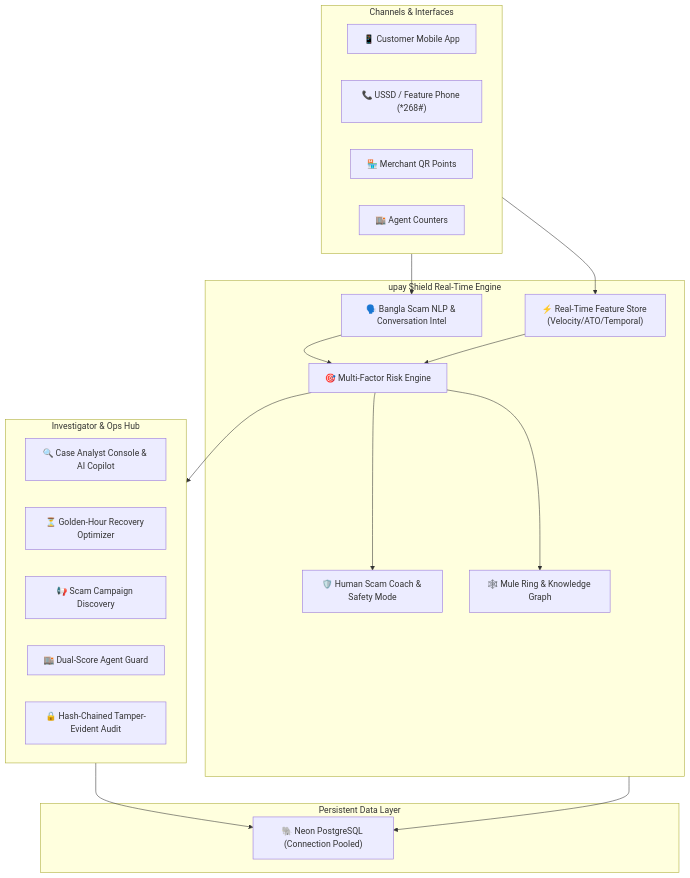
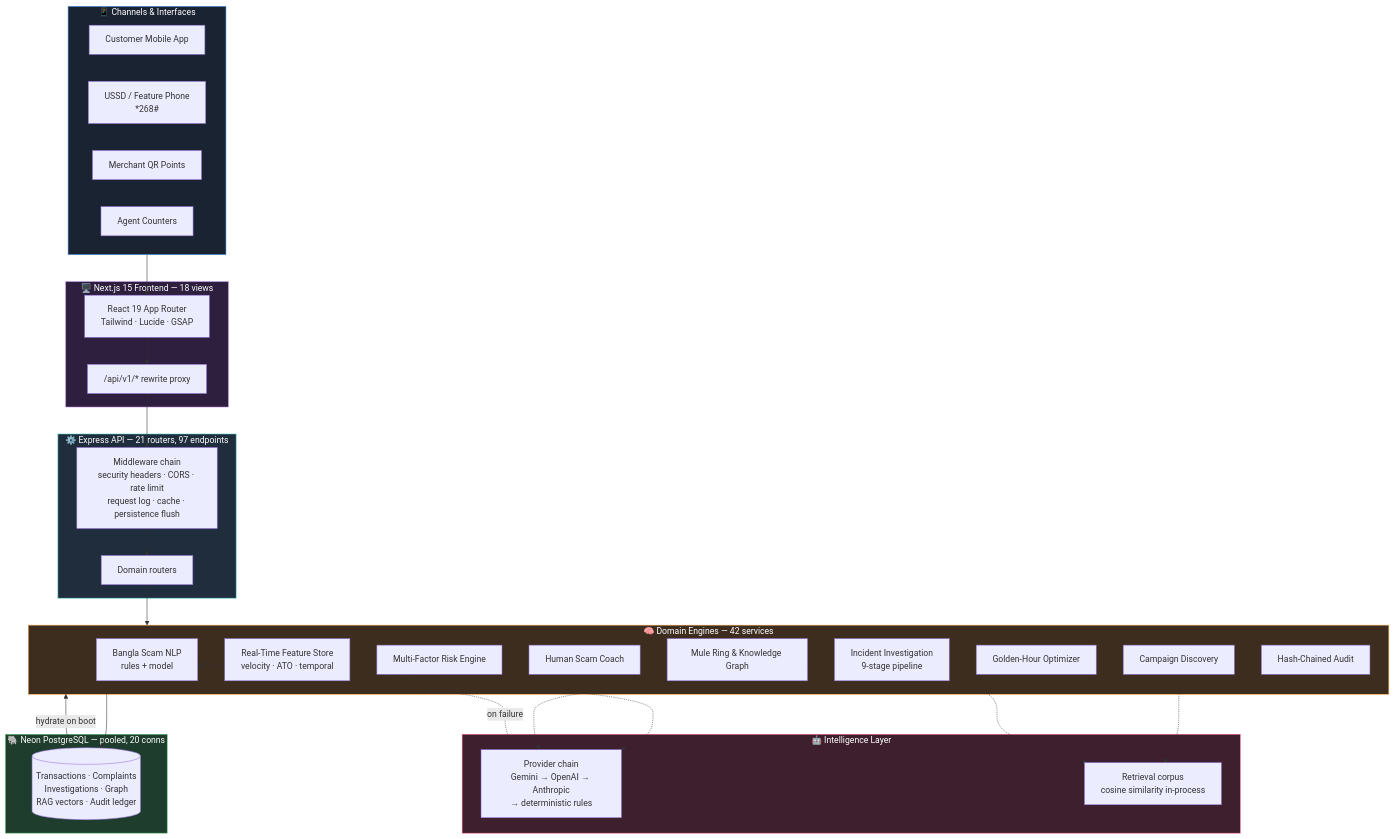
The second of 7 diagrams in README.md (jim2107054/Team_Orbit), drawn with Mermaid before and after one commit. The commit also changed other lines of this file and 29 other files, not shown here.

````diff
--- a/README.md
+++ b/README.md
@@ -31,39 +182,57 @@
 ```mermaid
-graph TD
-    subgraph Channels ["Channels & Interfaces"]
-        APP["📱 Customer Mobile App"]
-        USSD["📞 USSD / Feature Phone (*268#)"]
-        QR["🏪 Merchant QR Points"]
-        AGENT["🏬 Agent Counters"]
+graph TB
+    subgraph Channels ["📱 Channels & Interfaces"]
+        APP["Customer Mobile App"]
+        USSD["USSD / Feature Phone<br/>*268#"]
+        QR["Merchant QR Points"]
+        AGENT["Agent Counters"]
     end
 
-    subgraph Defense ["upay Shield Real-Time Engine"]
-        NLP["🗣️ Bangla Scam NLP & Conversation Intel"]
-        FEAT["⚡ Real-Time Feature Store (Velocity/ATO/Temporal)"]
-        RISK["🎯 Multi-Factor Risk Engine"]
-        COACH["🛡️ Human Scam Coach & Safety Mode"]
-        GRAPH["🕸️ Mule Ring & Knowledge Graph"]
+    subgraph Frontend ["🖥️ Next.js 15 Frontend — 18 views"]
+        UI["React 19 App Router<br/>Tailwind · Lucide · GSAP"]
+        PROXY["/api/v1/* rewrite proxy"]
     end
 
-    subgraph Operations ["Investigator & Ops Hub"]
-        ANALYST["🔍 Case Analyst Console & AI Copilot"]
-        RECOVERY["⏳ Golden-Hour Recovery Optimizer"]
-        CAMPAIGN["📢 Scam Campaign Discovery"]
-        AGENT_GUARD["🏬 Dual-Score Agent Guard"]
-        AUDIT["🔒 Hash-Chained Tamper-Evident Audit"]
+    subgraph API ["⚙️ Express API — 21 routers, 97 endpoints"]
+        MW["Middleware chain<br/>security headers · CORS · rate limit<br/>request log · cache · persistence flush"]
+        ROUTES["Domain routers"]
     end
 
-    subgraph Storage ["Persistent Data Layer"]
-        NEON["🐘 Neon PostgreSQL (Connection Pooled)"]
+    subgraph Engines ["🧠 Domain Engines — 42 services"]
+        NLP["Bangla Scam NLP<br/>rules + model"]
+        FEAT["Real-Time Feature Store<br/>velocity · ATO · temporal"]
+        RISK["Multi-Factor Risk Engine"]
+        COACH["Human Scam Coach"]
+        GRAPH["Mule Ring & Knowledge Graph"]
+        INV["Incident Investigation<br/>9-stage pipeline"]
+        RECOV["Golden-Hour Optimizer"]
+        CAMP["Campaign Discovery"]
+        AUDIT["Hash-Chained Audit"]
     end
 
-    Channels --> NLP
-    Channels --> FEAT
-    NLP --> RISK
-    FEAT --> RISK
-    RISK --> COACH
-    RISK --> GRAPH
-    RISK --> Operations
-    Operations --> NEON
-    Defense --> NEON
+    subgraph Intel ["🤖 Intelligence Layer"]
+        LLM["Provider chain<br/>Gemini → OpenAI → Anthropic<br/>→ deterministic rules"]
+        RAG["Retrieval corpus<br/>cosine similarity in-process"]
+    end
+
+    subgraph Storage ["🐘 Neon PostgreSQL — pooled, 20 conns"]
+        DB[("Transactions · Complaints<br/>Investigations · Graph<br/>RAG vectors · Audit ledger")]
+    end
+
+    Channels --> UI
+    UI --> PROXY --> MW --> ROUTES --> Engines
+    NLP -.-> LLM
+    INV -.-> LLM
+    CAMP -.-> RAG
+    INV -.-> RAG
+    LLM -.->|"on failure"| NLP
+    Engines --> DB
+    DB -->|"hydrate on boot"| Engines
+
+    style Channels fill:#1a2332,stroke:#4a9eff,color:#fff
+    style Frontend fill:#2d1f3d,stroke:#b57edc,color:#fff
+    style API fill:#1f2d3d,stroke:#4ecdc4,color:#fff
+    style Engines fill:#3d2d1f,stroke:#ffa94d,color:#fff
+    style Intel fill:#3d1f2d,stroke:#ff6b9d,color:#fff
+    style Storage fill:#1f3d2d,stroke:#6bcf7f,color:#fff
 ```
````
